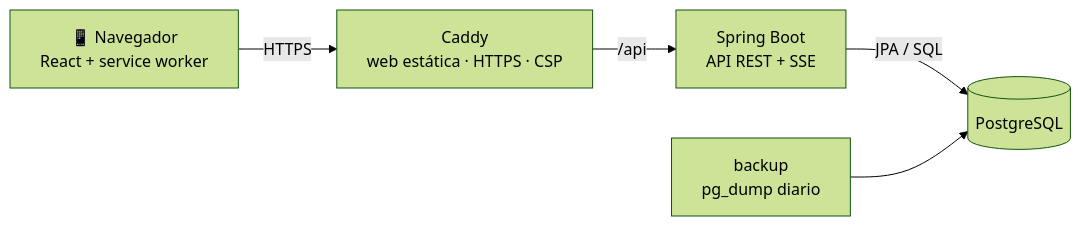
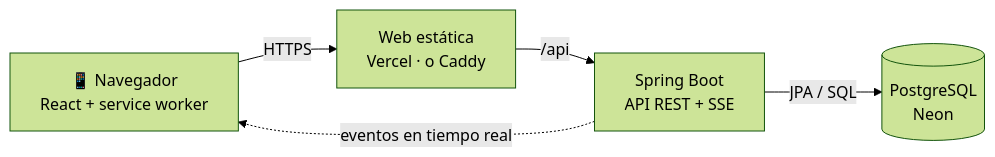
Before and after one commit to EloyRomero19/supermercado-app: the diagram in README.md, drawn with Mermaid (forest theme). The commit also changed other lines of this file and 10 other files, not shown here.

````diff
--- a/README.md
+++ b/README.md
@@ -132,7 +84,7 @@
 ```mermaid
 flowchart LR
-  U["📱 Navegador<br/>React + service worker"] -- "HTTPS" --> C["Caddy<br/>web estática · HTTPS · CSP"]
-  C -- "/api" --> B["Spring Boot<br/>API REST + SSE"]
-  B -- "JPA / SQL" --> D[("PostgreSQL")]
-  K["backup<br/>pg_dump diario"] --> D
+  U["📱 Navegador<br/>React + service worker"] -- "HTTPS" --> W["Web estática<br/>Vercel · o Caddy"]
+  W -- "/api" --> B["Spring Boot<br/>API REST + SSE"]
+  B -- "JPA / SQL" --> D[("PostgreSQL<br/>Neon")]
+  B -.->|"eventos en tiempo real"| U
 ```
````
